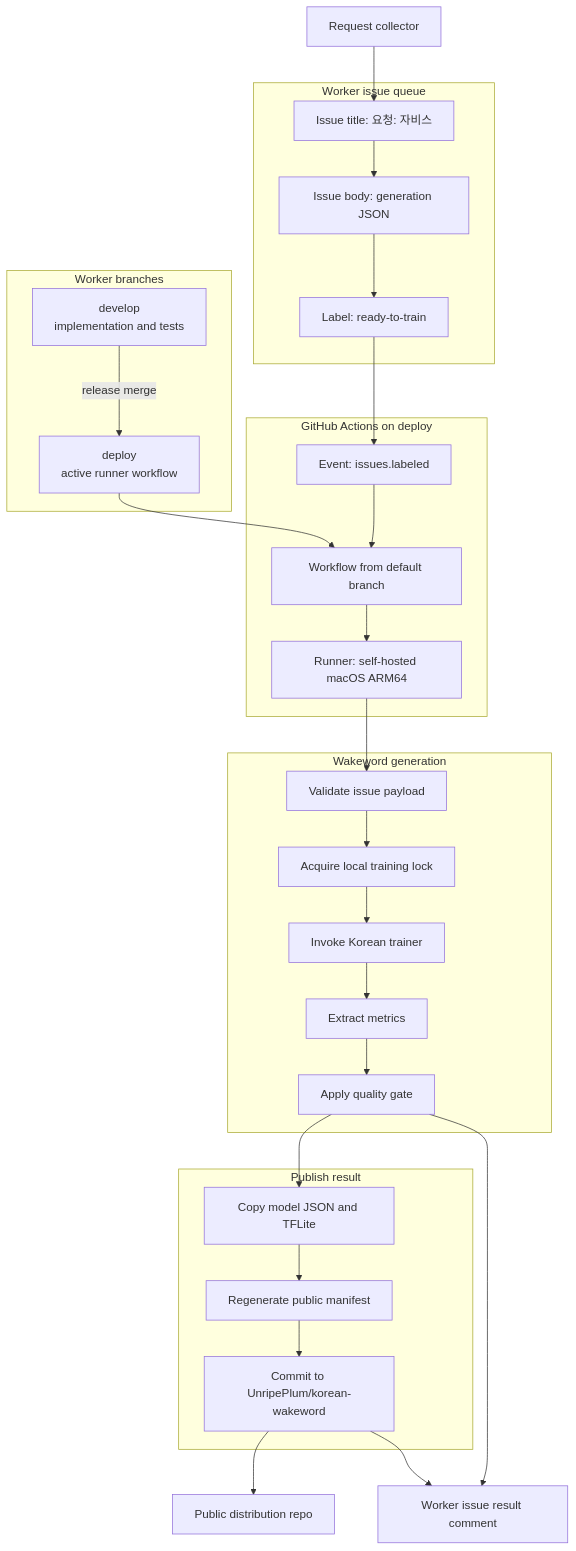
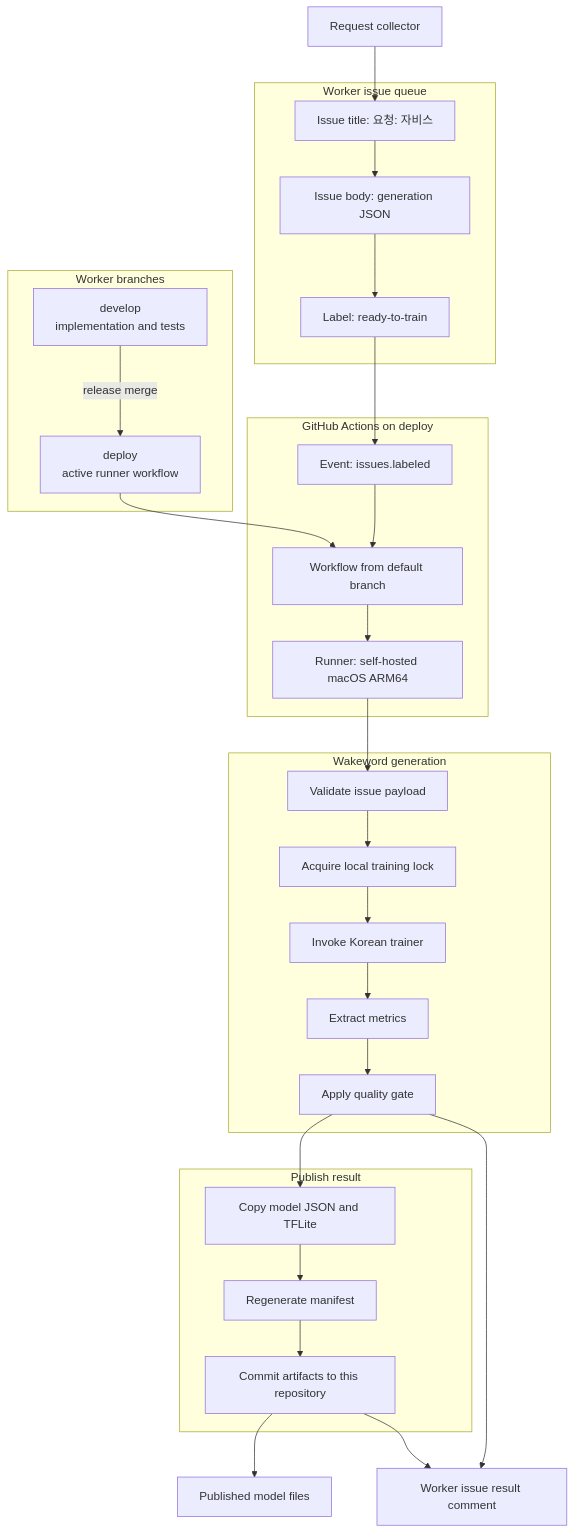
Before and after one commit to UnripePlum/korean-wakeword: the first of 3 diagrams in docs/ARCHITECTURE.md, drawn with Mermaid. The commit also changed other lines of this file and 5 other files, not shown here.

Commit message:
Rename worker project to korean-wakeword

````diff
--- a/docs/ARCHITECTURE.md
+++ b/docs/ARCHITECTURE.md
@@ -11,47 +11,47 @@
 ```mermaid
 flowchart TD
     A["Request collector"]
 
     subgraph ISSUE["Worker issue queue"]
         B1["Issue title: 요청: 자비스"]
         B2["Issue body: generation JSON"]
         B3["Label: ready-to-train"]
     end
 
     subgraph BRANCHES["Worker branches"]
         C1["develop<br/>implementation and tests"]
         C2["deploy<br/>active runner workflow"]
     end
 
     subgraph ACTIONS["GitHub Actions on deploy"]
         D1["Event: issues.labeled"]
         D2["Workflow from default branch"]
         D3["Runner: self-hosted macOS ARM64"]
     end
 
     subgraph TRAIN["Wakeword generation"]
         E1["Validate issue payload"]
         E2["Acquire local training lock"]
         E3["Invoke Korean trainer"]
         E4["Extract metrics"]
         E5["Apply quality gate"]
     end
 
     subgraph PUBLISH["Publish result"]
         F1["Copy model JSON and TFLite"]
-        F2["Regenerate public manifest"]
-        F3["Commit to UnripePlum/korean-wakeword"]
+        F2["Regenerate manifest"]
+        F3["Commit artifacts to this repository"]
     end
 
     G["Worker issue result comment"]
-    H["Public distribution repo"]
+    H["Published model files"]
 
     A --> B1 --> B2 --> B3
     C1 -->|"release merge"| C2
     B3 --> D1 --> D2 --> D3
     C2 --> D2
     D3 --> E1 --> E2 --> E3 --> E4 --> E5
     E5 --> F1 --> F2 --> F3 --> H
     E5 --> G
     F3 --> G
 ```
````
